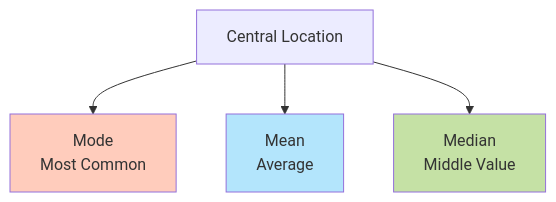
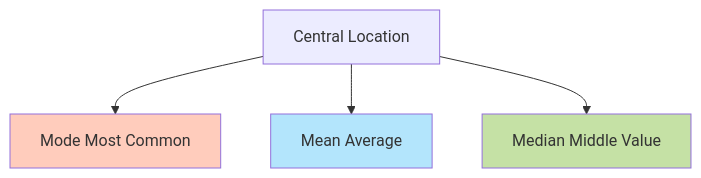
One commit to daxxac/mba-notes changed the second of 5 diagrams in docs/research-methods/lecture-03.md. Above: the diagram before and after it, drawn with Mermaid. The commit also changed other lines of this file and 4 other files, not shown here.

First line of the commit message:
Fix Mermaid diagram parsing errors: replace <br/> with spaces

````diff
--- a/docs/research-methods/lecture-03.md
+++ b/docs/research-methods/lecture-03.md
@@ -267,10 +267,10 @@
 ```mermaid
 graph TD
-    A[Central Location] --> B[Mode<br/>Most Common]
-    A --> C[Mean<br/>Average]
-    A --> D[Median<br/>Middle Value]
+    A[Central Location] --> B[Mode Most Common]
+    A --> C[Mean Average]
+    A --> D[Median Middle Value]
     
     style B fill:#ffccbc
     style C fill:#b3e5fc
     style D fill:#c5e1a5
 ```
````
